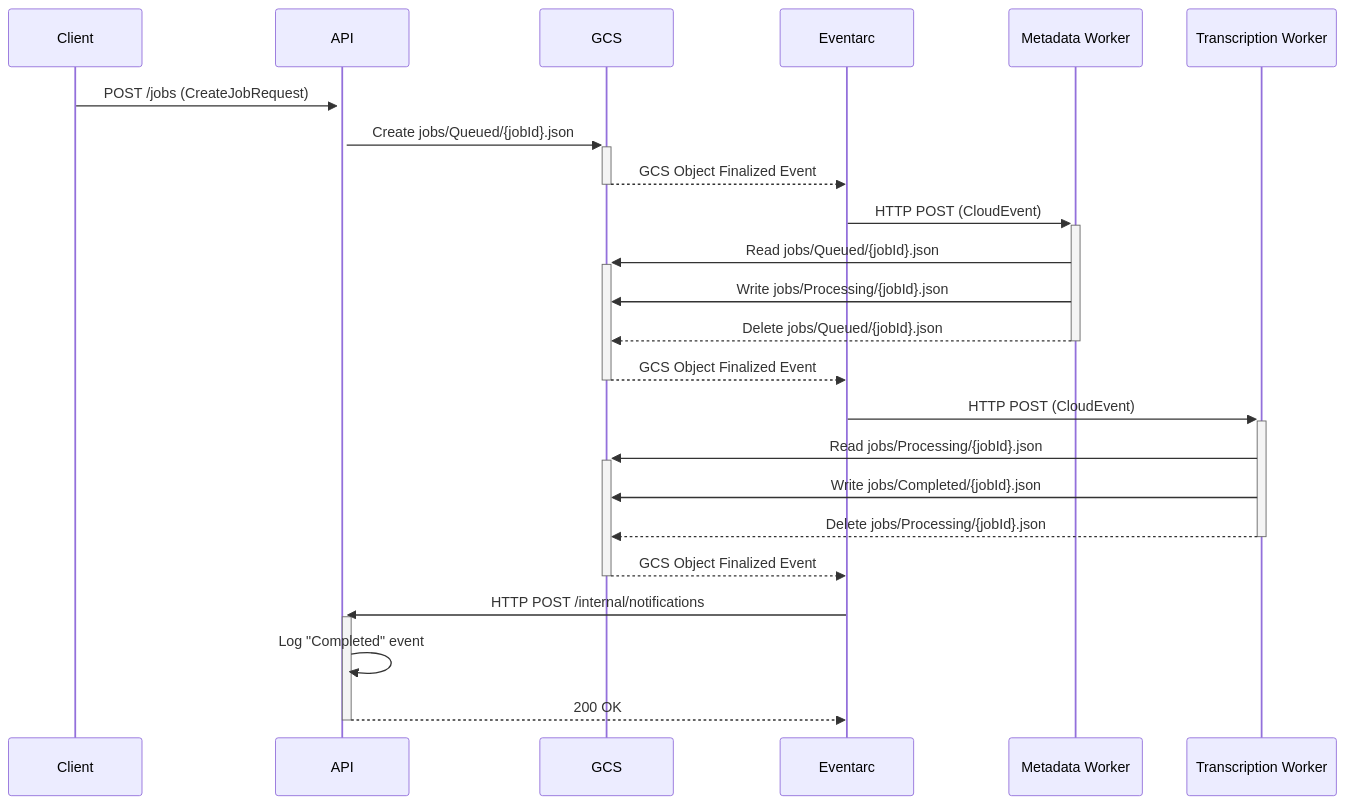
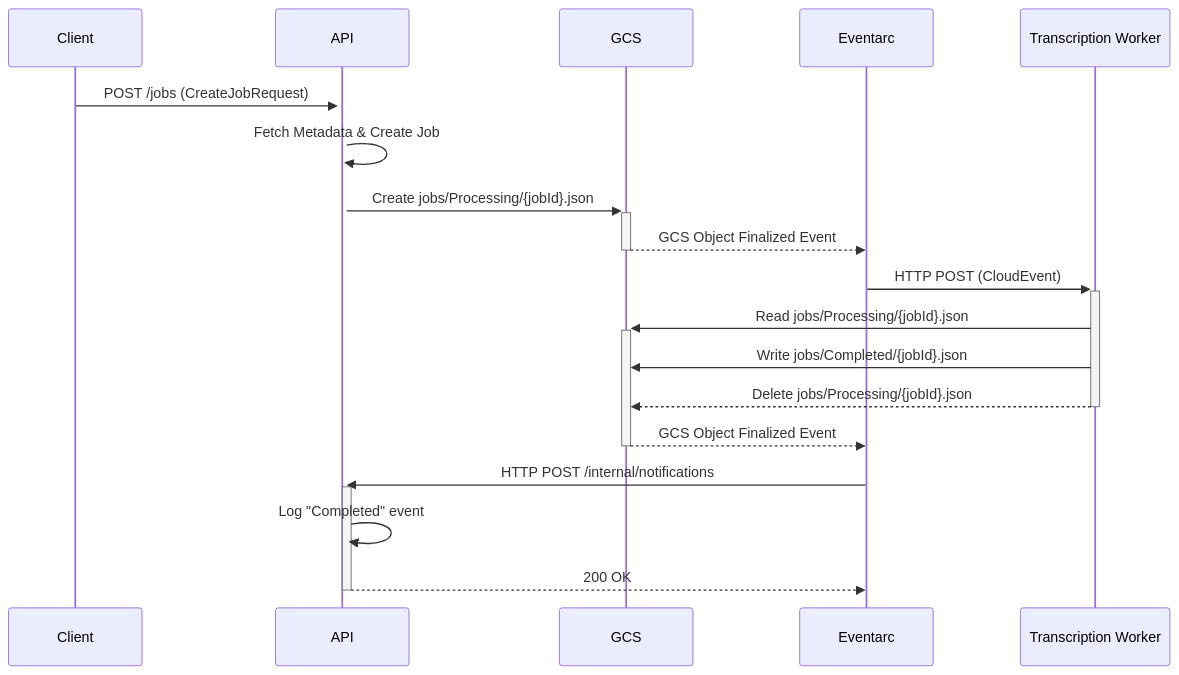
The diagram in DATA_FLOW.md (mepuka/PureDialog), drawn with Mermaid before and after one commit. The commit also changed other lines of this file and 32 other files, not shown here.

First line of the commit message:
Refactor: Simplify transcription flow by removing metadata-worker and unifying job creation

````diff
--- a/DATA_FLOW.md
+++ b/DATA_FLOW.md
@@ -156,26 +120,21 @@
 ```mermaid
 sequenceDiagram
     participant Client
     participant API
     participant GCS
     participant Eventarc
-    participant MetadataWorker as Metadata Worker
     participant TranscriptionWorker as Transcription Worker
 
     Client->>+API: POST /jobs (CreateJobRequest)
-    API->>+GCS: Create jobs/Queued/{jobId}.json
-    GCS-->>-Eventarc: GCS Object Finalized Event
-    Eventarc->>+MetadataWorker: HTTP POST (CloudEvent)
-    MetadataWorker->>+GCS: Read jobs/Queued/{jobId}.json
-    MetadataWorker->>GCS: Write jobs/Processing/{jobId}.json
-    MetadataWorker-->>-GCS: Delete jobs/Queued/{jobId}.json
+    API->>API: Fetch Metadata & Create Job
+    API->>+GCS: Create jobs/Processing/{jobId}.json
     GCS-->>-Eventarc: GCS Object Finalized Event
     Eventarc->>+TranscriptionWorker: HTTP POST (CloudEvent)
     TranscriptionWorker->>+GCS: Read jobs/Processing/{jobId}.json
     TranscriptionWorker->>GCS: Write jobs/Completed/{jobId}.json
     TranscriptionWorker-->>-GCS: Delete jobs/Processing/{jobId}.json
     GCS-->>-Eventarc: GCS Object Finalized Event
     Eventarc->>+API: HTTP POST /internal/notifications
     API->>API: Log "Completed" event
     API-->>-Eventarc: 200 OK
 ```
````
